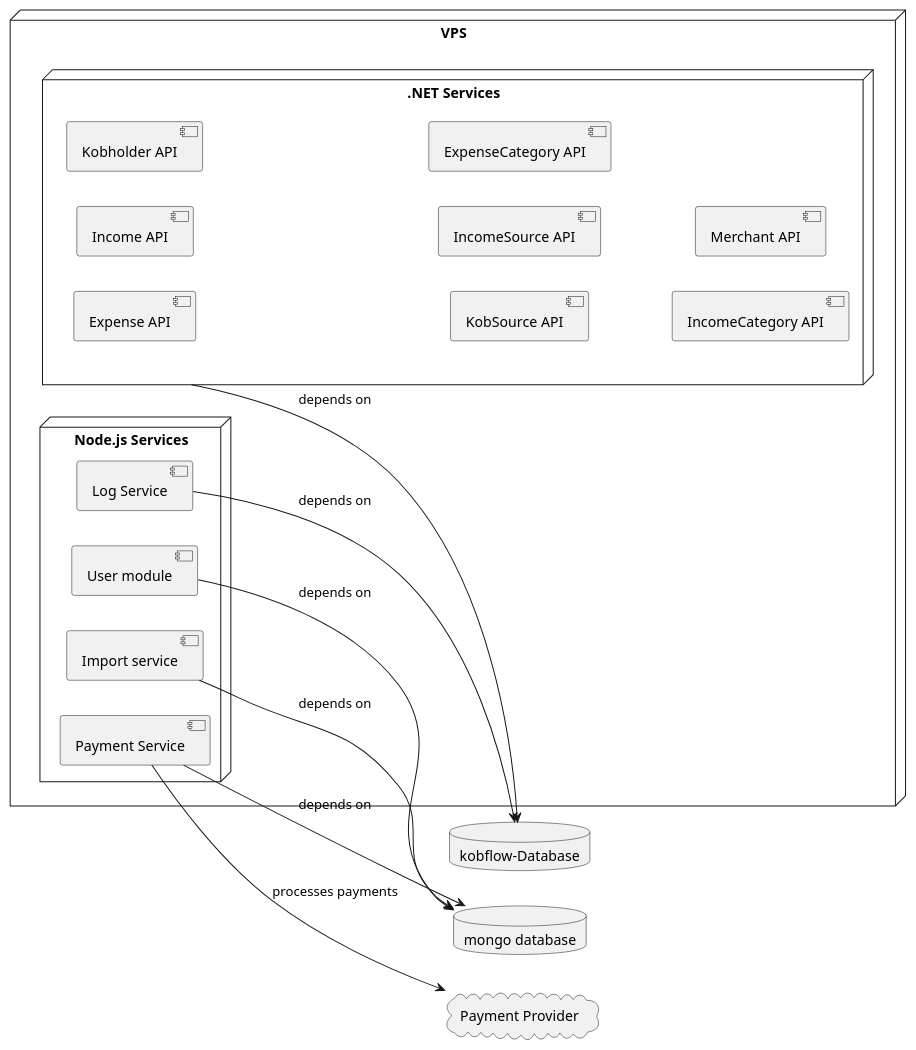
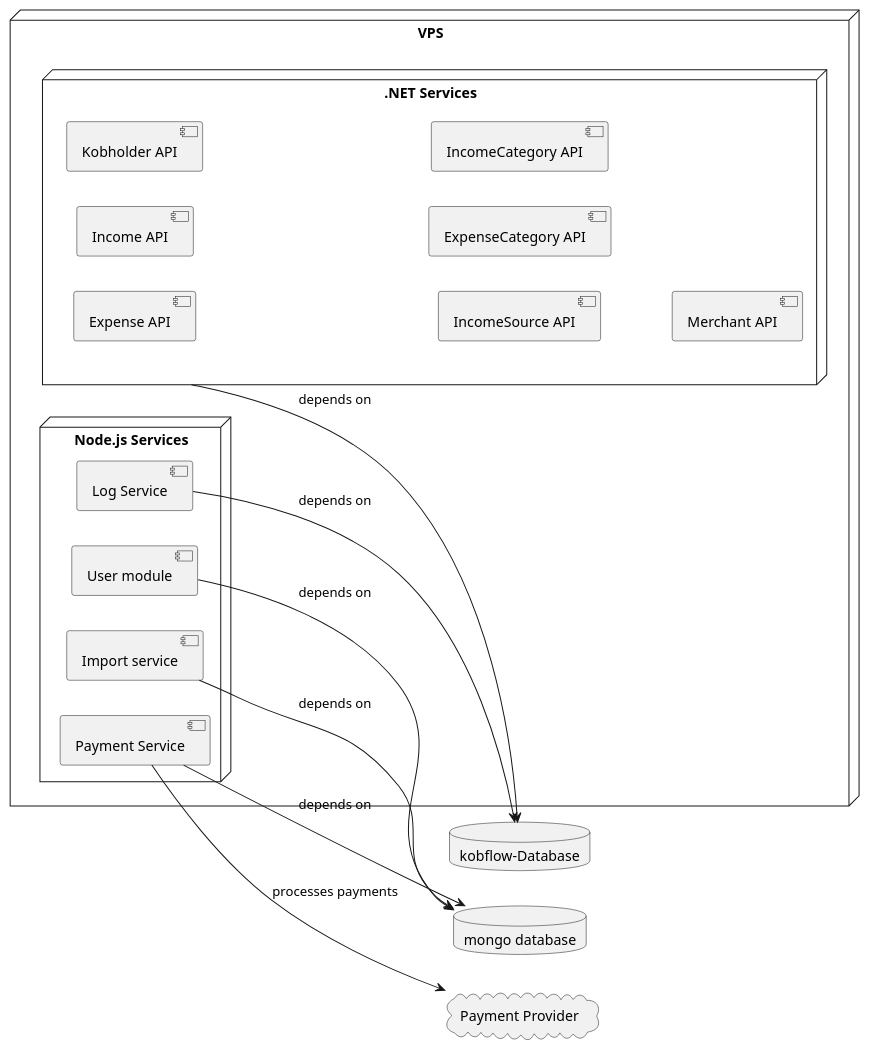
The diagram in data-dependencies.puml (kuaminika/kobflowWiki), drawn with PlantUML before and after one commit. The commit also changed 5 other files, not shown here.

```diff
--- a/data-dependencies.puml
+++ b/data-dependencies.puml
@@ -1,35 +1,34 @@
 @startuml
 left to right direction
 
 node "VPS" {
   node ".NET Services" as dotNetServices {
     [Expense API] as ExpenseAPI
     [Income API] as IncomeAPI
     [Kobholder API] as KobholderAPI
-    [KobSource API] as KobSourceAPI
     [IncomeSource API] as IncomeSourceAPI
     [ExpenseCategory API] as ExpenseCategoryAPI
     [IncomeCategory API] as IncomeCategoryAPI
     [Merchant API] as MerchantAPI
   }
   node "Node.js Services" as nodeServices {
     [Log Service] as logService
     [User module] as userModule
     [Import service] as importService
     [Payment Service] as paymentService
   }
 }
 
 database "mongo database" as mongoDB
 database "kobflow-Database" as kobflowDB
 cloud "Payment Provider" as paymentProvider
 
 dotNetServices --> kobflowDB : depends on
 logService --> kobflowDB : depends on
 userModule --> mongoDB : depends on
 importService --> mongoDB : depends on
 paymentService --> mongoDB : depends on
 
 paymentService --> paymentProvider : processes payments
 
 @enduml
```
